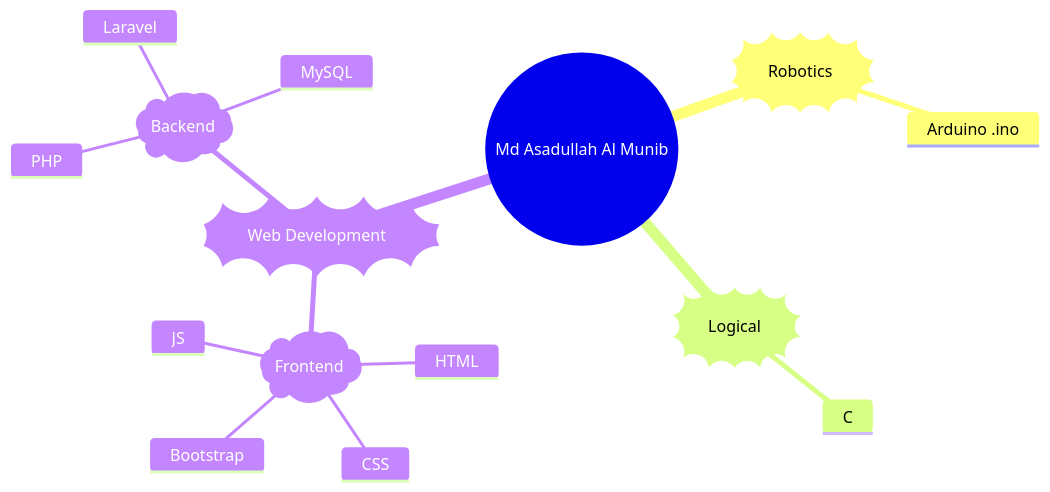
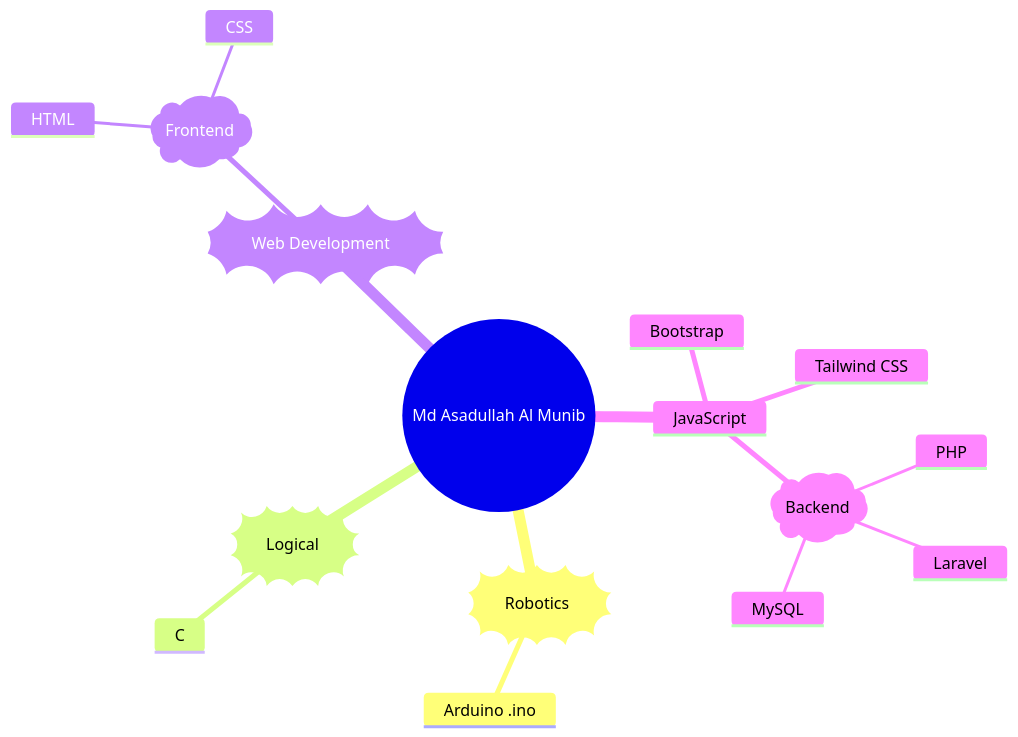
One commit to AsadullahAlMunib/AsadullahAlMunib changed the diagram in README.md. Above: the diagram before and after it, drawn with Mermaid.

Commit message:
Update web development technologies in README

````diff
--- a/README.md
+++ b/README.md
@@ -57,18 +57,19 @@
 ```mermaid
 mindmap
   root((Md Asadullah Al Munib))
     ))Robotics((
       Arduino .ino
     ))Logical((
       C
     ))Web Development((
       )Frontend(
         HTML
         CSS
+				JavaScript
         Bootstrap
-        JS
+        Tailwind CSS 
       )Backend(
         PHP
         Laravel
         MySQL
 ```
````
